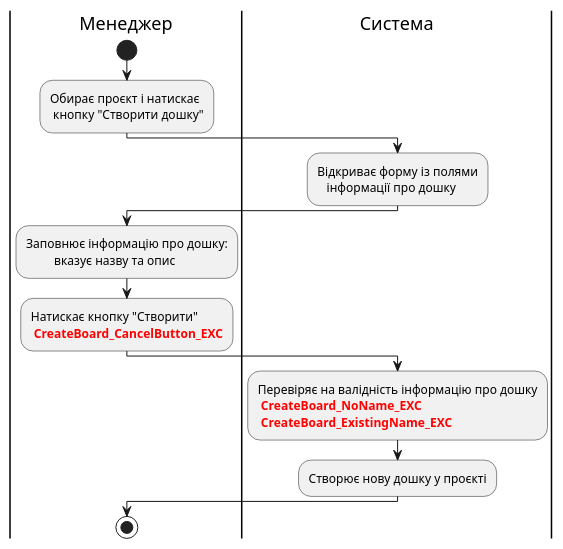
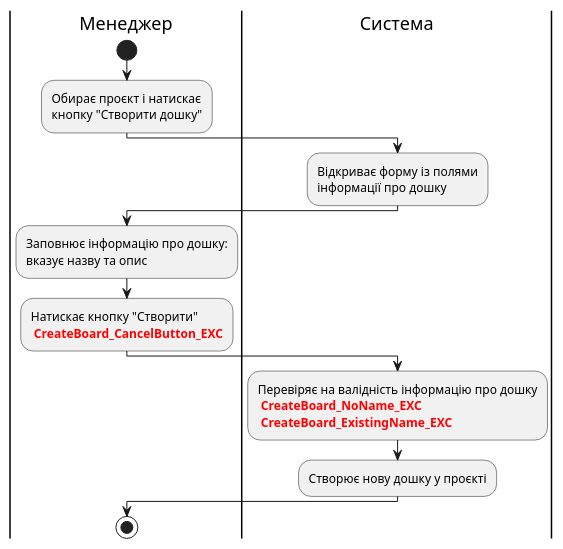
Before and after one commit to boldak/edu-db-cw: diagram 14 of 16 in docs/use cases/README.md, drawn with PlantUML. The commit also changed other lines of this file, not shown here.

```diff
--- a/docs/use cases/README.md
+++ b/docs/use cases/README.md
@@ -1007,24 +1007,24 @@
 @startuml
 
 |Менеджер|
 start;
-:Обирає проєкт і натискає\n кнопку "Створити дошку";
+:Обирає проєкт і натискає\nкнопку "Створити дошку";
 
 |Система|
-:Відкриває форму із полями\n   інформації про дошку;
+:Відкриває форму із полями\nінформації про дошку;
 
 |Менеджер|
-:Заповнює інфoрмацію про дошку:\n         вказує назву та опис;
+:Заповнює інфoрмацію про дошку:\nвказує назву та опис;
 :Натискає кнопку "Створити"
 <font color="red"><b> CreateBoard_CancelButton_EXC;
 
 |Система|
 :Перевіряє на валідність інформацію про дошку
 <font color="red"><b> CreateBoard_NoName_EXC
 <font color="red"><b> CreateBoard_ExistingName_EXC;
 :Створює нову дошку у проєкті;
 
 |Менеджер|
 stop;
 
 @enduml
```
